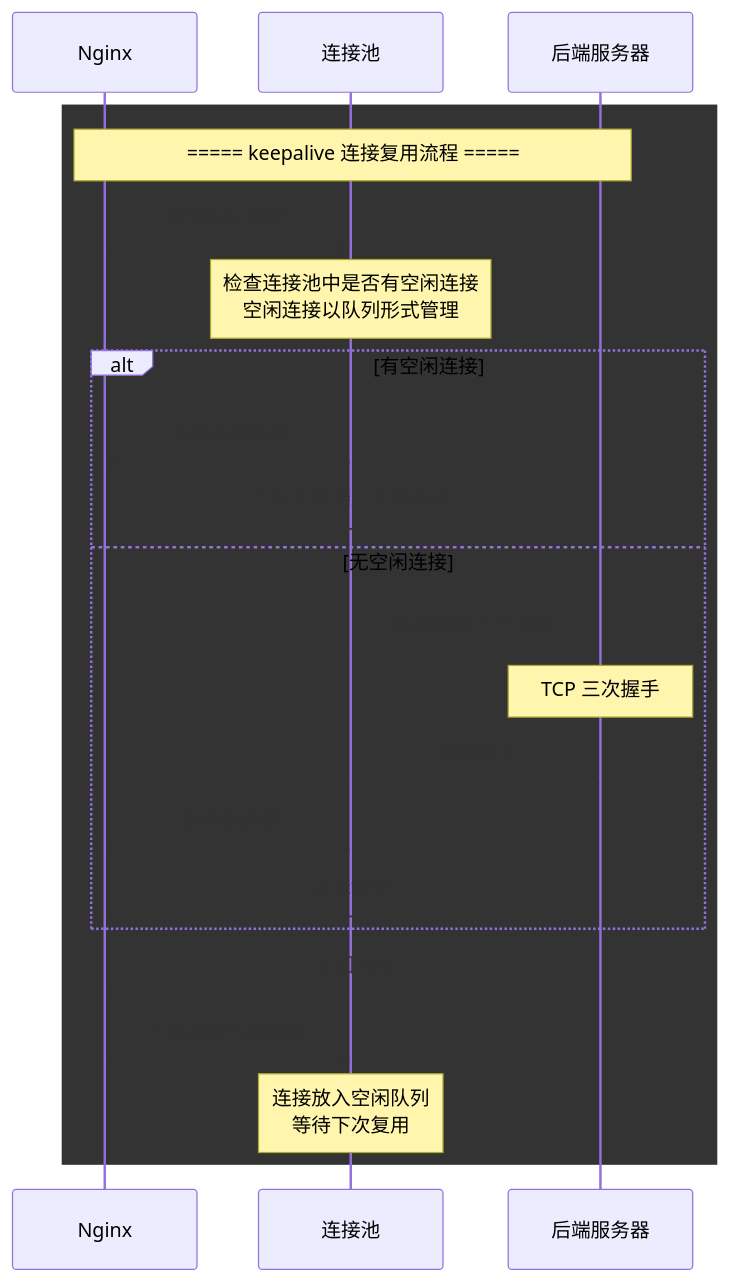
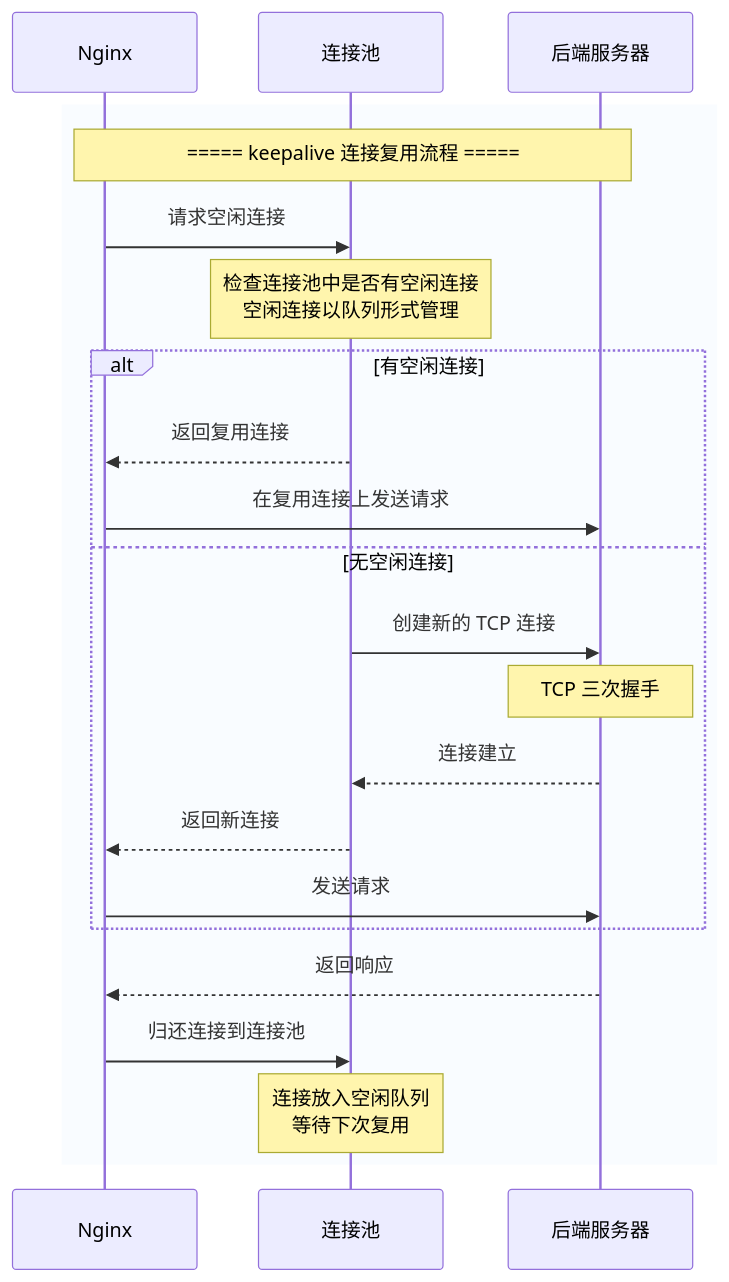
Before and after one commit to AH23333/Blog: diagram 12 of 24 in src/content/philes/volume-1/Java-Backend/Nginx反向代理深度解析.md, drawn with Mermaid. The commit also changed other lines of this file and 17 other files, not shown here.

Commit message:
修复所有已知bug（mermaid渲染、表格识别），添加错误总结经验，暂时保留测试文件，准备考虑优化性能与重构

````diff
--- a/src/content/philes/volume-1/Java-Backend/Nginx反向代理深度解析.md
+++ b/src/content/philes/volume-1/Java-Backend/Nginx反向代理深度解析.md
@@ -937,26 +935,26 @@
 ```mermaid
 sequenceDiagram
     participant NGINX as Nginx
     participant POOL as 连接池
     participant B1 as 后端服务器
 
-    rect rgba【240, 248, 255, 0.4】
+    rect rgba(240, 248, 255, 0.4)
     Note over NGINX,B1: ===== keepalive 连接复用流程 =====
     NGINX->>POOL: 请求空闲连接
     Note over POOL: 检查连接池中是否有空闲连接<br/>空闲连接以队列形式管理
     alt 有空闲连接
         POOL-->>NGINX: 返回复用连接
         NGINX->>B1: 在复用连接上发送请求
     else 无空闲连接
         POOL->>B1: 创建新的 TCP 连接
         Note over B1: TCP 三次握手
         B1-->>POOL: 连接建立
         POOL-->>NGINX: 返回新连接
         NGINX->>B1: 发送请求
     end
 
     B1-->>NGINX: 返回响应
     NGINX->>POOL: 归还连接到连接池
     Note over POOL: 连接放入空闲队列<br/>等待下次复用
     end
 ```
````
